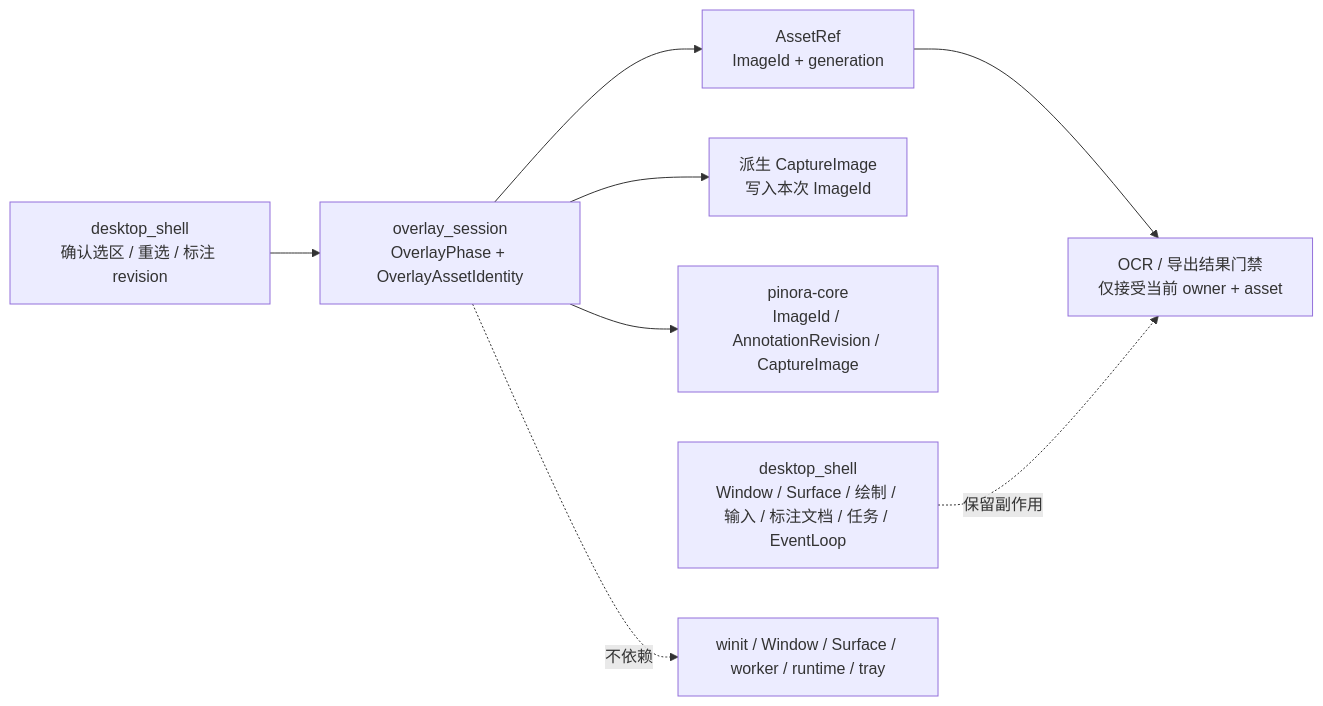
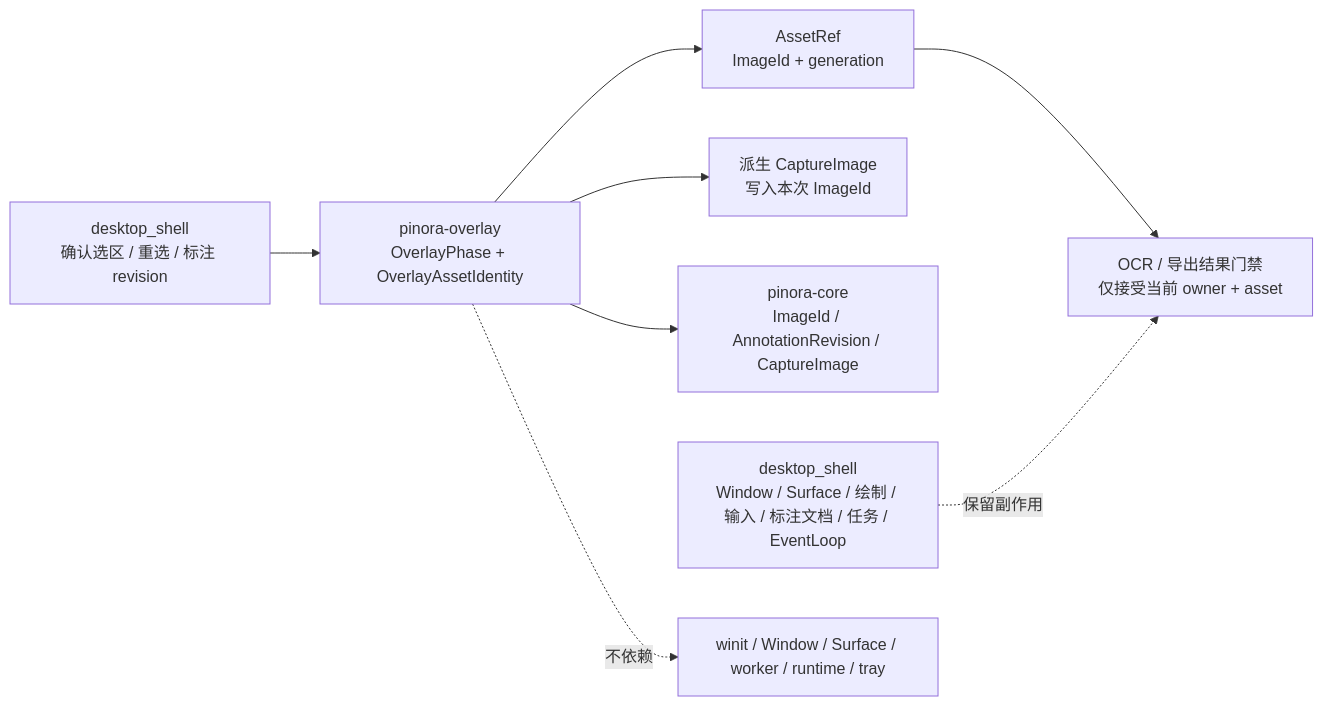
Before and after one commit to yhyzgn/pinora: the fifth of 29 diagrams in docs/Pinora-开发设计文档.md, drawn with Mermaid. The commit also changed other lines of this file and 13 other files, not shown here.

First line of the commit message:
refactor(overlay): extract session crate

````diff
--- a/docs/Pinora-开发设计文档.md
+++ b/docs/Pinora-开发设计文档.md
@@ -395,10 +396,10 @@
 ```mermaid
 flowchart LR
-    Input["desktop_shell\n确认选区 / 重选 / 标注 revision"] --> Session["overlay_session\nOverlayPhase + OverlayAssetIdentity"]
+    Input["desktop_shell\n确认选区 / 重选 / 标注 revision"] --> Session["pinora-overlay\nOverlayPhase + OverlayAssetIdentity"]
     Session --> Ref["AssetRef\nImageId + generation"]
     Session --> Stamp["派生 CaptureImage\n写入本次 ImageId"]
     Ref --> Guard["OCR / 导出结果门禁\n仅接受当前 owner + asset"]
     Session --> Core["pinora-core\nImageId / AnnotationRevision / CaptureImage"]
     Shell["desktop_shell\nWindow / Surface / 绘制 / 输入 / 标注文档 / 任务 / EventLoop"] -.保留副作用.-> Guard
     Session -.不依赖.-> Effects["winit / Window / Surface / worker / runtime / tray"]
 ```
````
